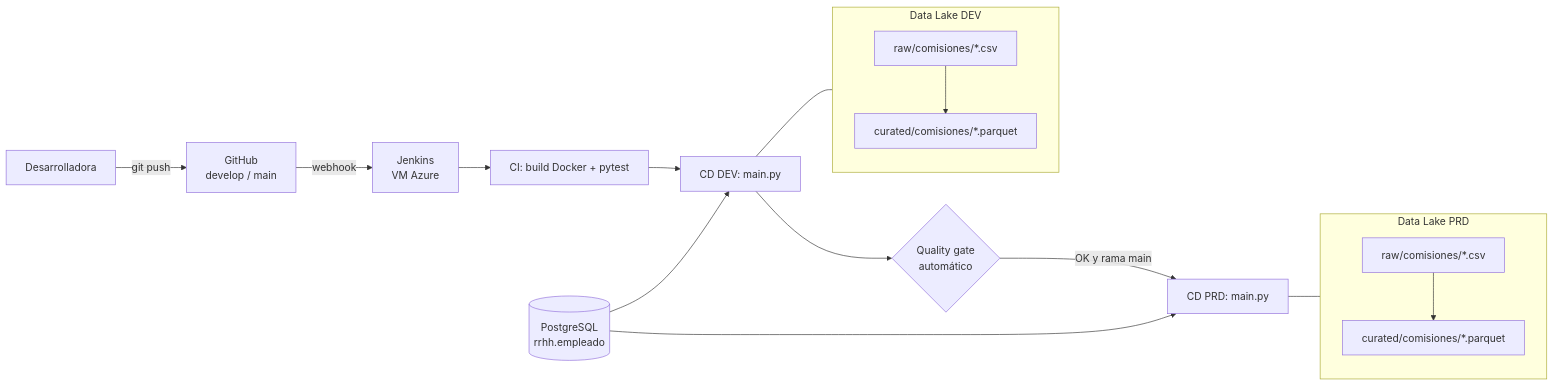
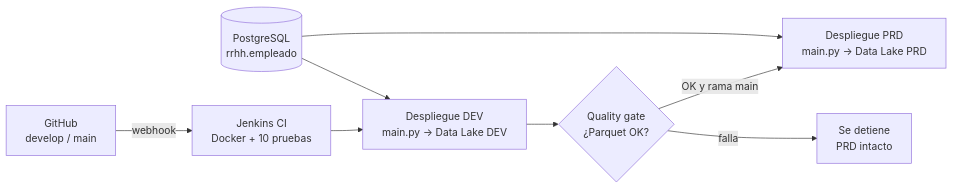
Before and after one commit to jotikeng1/dataops-comisiones: the diagram in README.md, drawn with Mermaid. The commit also changed other lines of this file, not shown here.

Commit message:
docs: README con resultados de pruebas y guía para Windows

````diff
--- a/README.md
+++ b/README.md
@@ -11,18 +24,10 @@
 ```mermaid
 flowchart LR
-    dev[Desarrolladora] -- git push --> gh[GitHub<br/>develop / main]
-    gh -- webhook --> jk[Jenkins<br/>VM Azure]
-    jk --> ci[CI: build Docker + pytest]
-    ci --> d1[CD DEV: main.py]
-    d1 --> qg{Quality gate<br/>automático}
-    qg -- OK y rama main --> d2[CD PRD: main.py]
-    pg[(PostgreSQL<br/>rrhh.empleado)] --> d1 & d2
-    subgraph DEV[Data Lake DEV]
-      r1[raw/comisiones/*.csv] --> c1[curated/comisiones/*.parquet]
-    end
-    subgraph PRD[Data Lake PRD]
-      r2[raw/comisiones/*.csv] --> c2[curated/comisiones/*.parquet]
-    end
-    d1 --- DEV
-    d2 --- PRD
+    gh[GitHub<br/>develop / main] -- webhook --> ci[Jenkins CI<br/>Docker + 10 pruebas]
+    ci --> dev[Despliegue DEV<br/>main.py → Data Lake DEV]
+    dev --> qg{Quality gate<br/>¿Parquet OK?}
+    qg -- OK y rama main --> prd[Despliegue PRD<br/>main.py → Data Lake PRD]
+    qg -- falla --> stop[Se detiene<br/>PRD intacto]
+    pg[(PostgreSQL<br/>rrhh.empleado)] --> dev
+    pg --> prd
 ```
````
